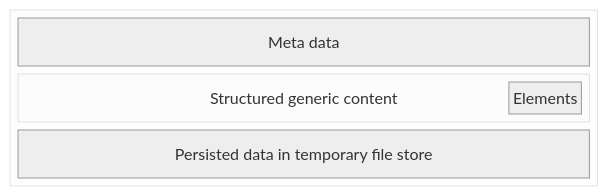
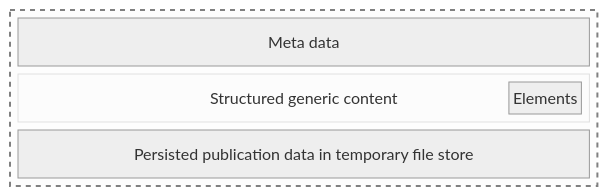
The second of 2 diagrams in README.md (officialgazette/publication-standard), drawn with Mermaid before and after one commit. The commit also changed other lines of this file, not shown here.

````diff
--- a/README.md
+++ b/README.md
@@ -87,23 +87,24 @@
 ```mermaid
 
 %%{
   init: {
     'theme': 'neutral'
   }
 }%%
 
 block-beta
 block:scope:1
 columns 1
 meta["Meta data"]:1
 block:content["Structured generic content"]:1
 
 space:6
 
 Elements
 
 end
-archive["Persisted data in temporary file store"]
+archive["Persisted publication data in temporary file store"]
 end
 
+style scope stroke:grey,stroke-width:2px,color:#fff,stroke-dasharray: 5 5
 ```
````
